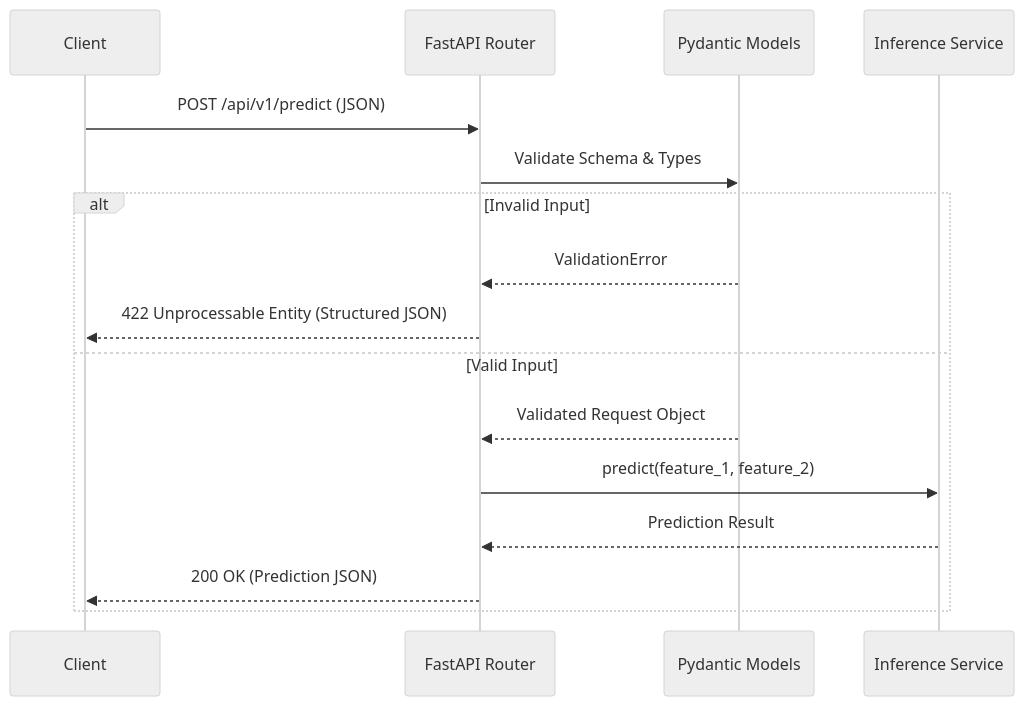
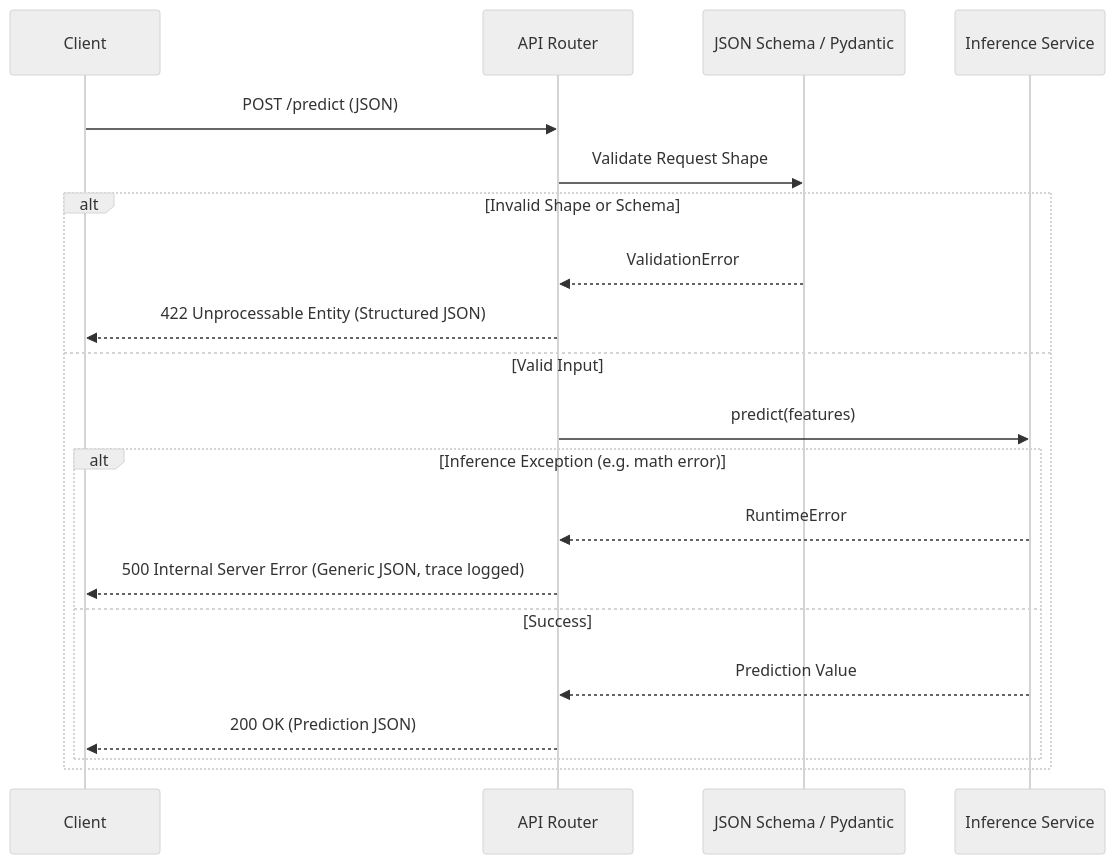
The second of 2 diagrams in docs/architecture/README.md (Bibek-Dhakal/modelgate), drawn with Mermaid (neutral theme) before and after one commit. The commit also changed other lines of this file and 20 other files, not shown here.

First line of the commit message:
feat(inference): overhaul to dynamic artifact loading and JSON schema validation

````diff
--- a/docs/architecture/README.md
+++ b/docs/architecture/README.md
@@ -7,19 +42,25 @@
 ```mermaid
 sequenceDiagram
     participant Client
-    participant API as FastAPI Router
-    participant Validator as Pydantic Models
+    participant Router as API Router
+    participant Validator as JSON Schema / Pydantic
     participant Inference as Inference Service
 
-    Client->>API: POST /api/v1/predict (JSON)
-    API->>Validator: Validate Schema & Types
-    alt Invalid Input
-        Validator-->>API: ValidationError
-        API-->>Client: 422 Unprocessable Entity (Structured JSON)
+    Client->>Router: POST /predict (JSON)
+    Router->>Validator: Validate Request Shape
+    
+    alt Invalid Shape or Schema
+        Validator-->>Router: ValidationError
+        Router-->>Client: 422 Unprocessable Entity (Structured JSON)
     else Valid Input
-        Validator-->>API: Validated Request Object
-        API->>Inference: predict(feature_1, feature_2)
-        Inference-->>API: Prediction Result
-        API-->>Client: 200 OK (Prediction JSON)
+        Router->>Inference: predict(features)
+        
+        alt Inference Exception (e.g. math error)
+            Inference-->>Router: RuntimeError
+            Router-->>Client: 500 Internal Server Error (Generic JSON, trace logged)
+        else Success
+            Inference-->>Router: Prediction Value
+            Router-->>Client: 200 OK (Prediction JSON)
+        end
     end
 ```
````
